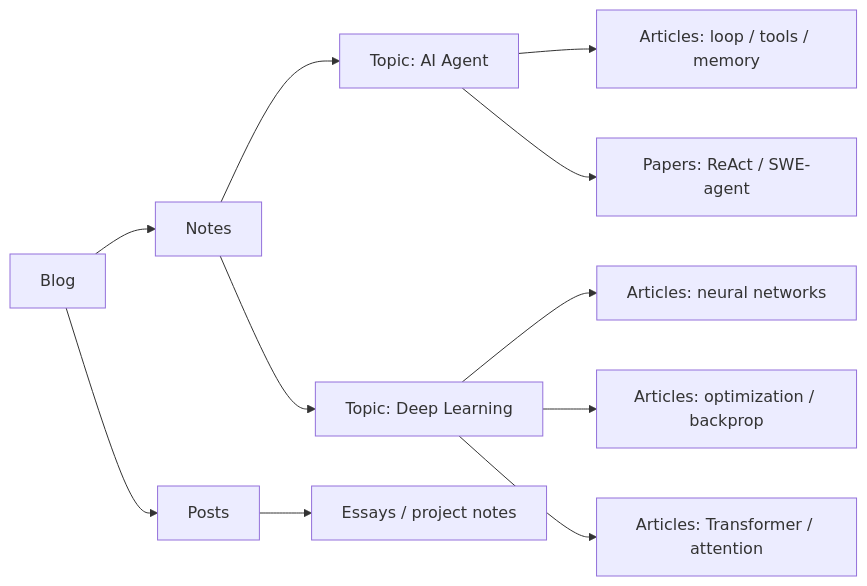
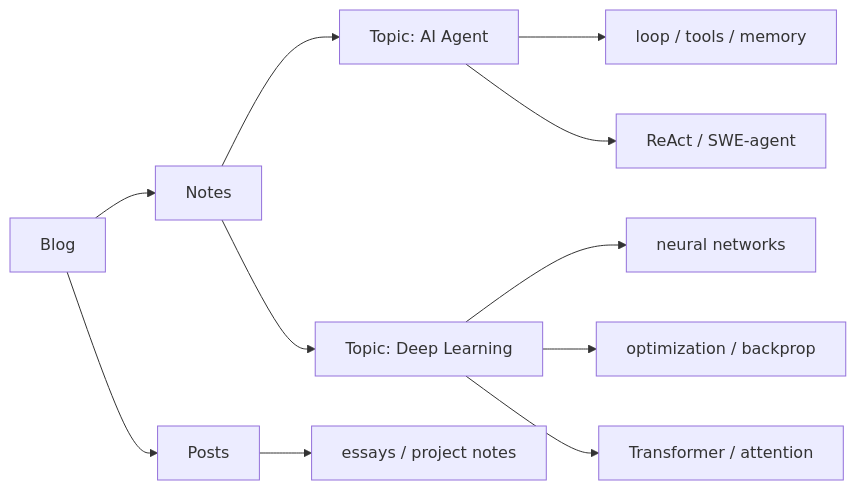
One commit to ImWenyaoT/website changed the diagram in docs/index.md. Above: the diagram before and after it, drawn with Mermaid. The commit also changed other lines of this file and 3 other files, not shown here.

````diff
--- a/docs/index.md
+++ b/docs/index.md
@@ -16,13 +40,13 @@
 ```mermaid
 flowchart LR
   Blog["Blog"] --> Notes["Notes"]
   Blog --> Posts["Posts"]
   Notes --> Agent["Topic: AI Agent"]
   Notes --> DL["Topic: Deep Learning"]
-  Agent --> Runtime["Articles: loop / tools / memory"]
-  Agent --> Papers["Papers: ReAct / SWE-agent"]
-  DL --> NN["Articles: neural networks"]
-  DL --> OPT["Articles: optimization / backprop"]
-  DL --> TFM["Articles: Transformer / attention"]
-  Posts --> Essays["Essays / project notes"]
+  Agent --> Runtime["loop / tools / memory"]
+  Agent --> Papers["ReAct / SWE-agent"]
+  DL --> NN["neural networks"]
+  DL --> OPT["optimization / backprop"]
+  DL --> TFM["Transformer / attention"]
+  Posts --> Essays["essays / project notes"]
 ```
````
